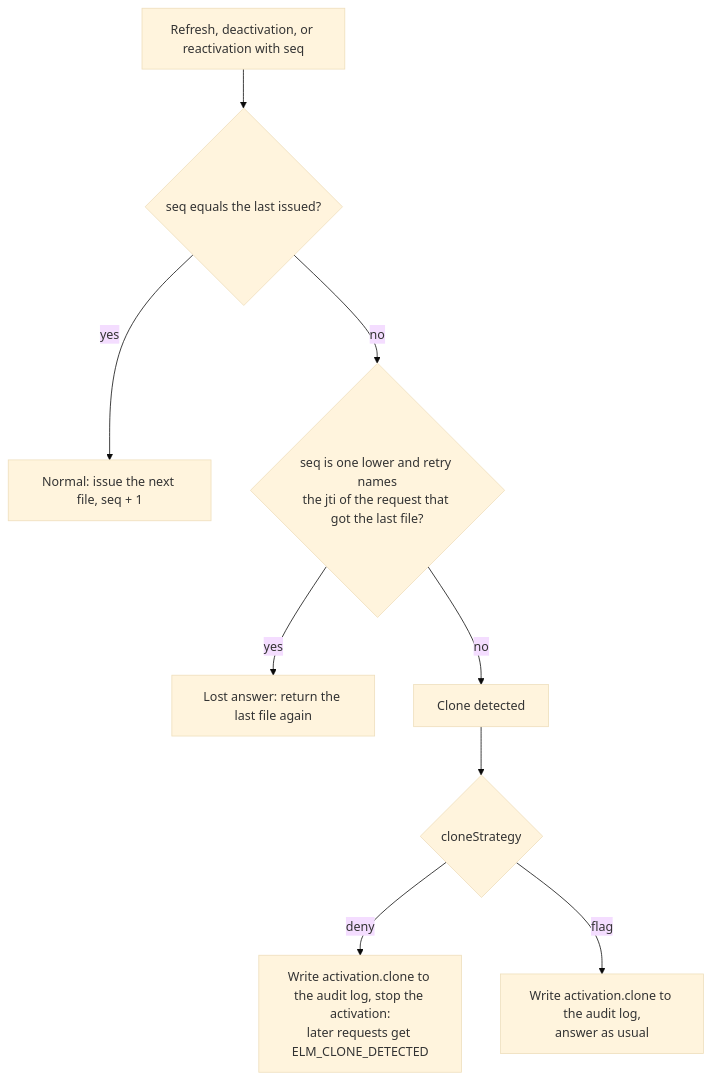
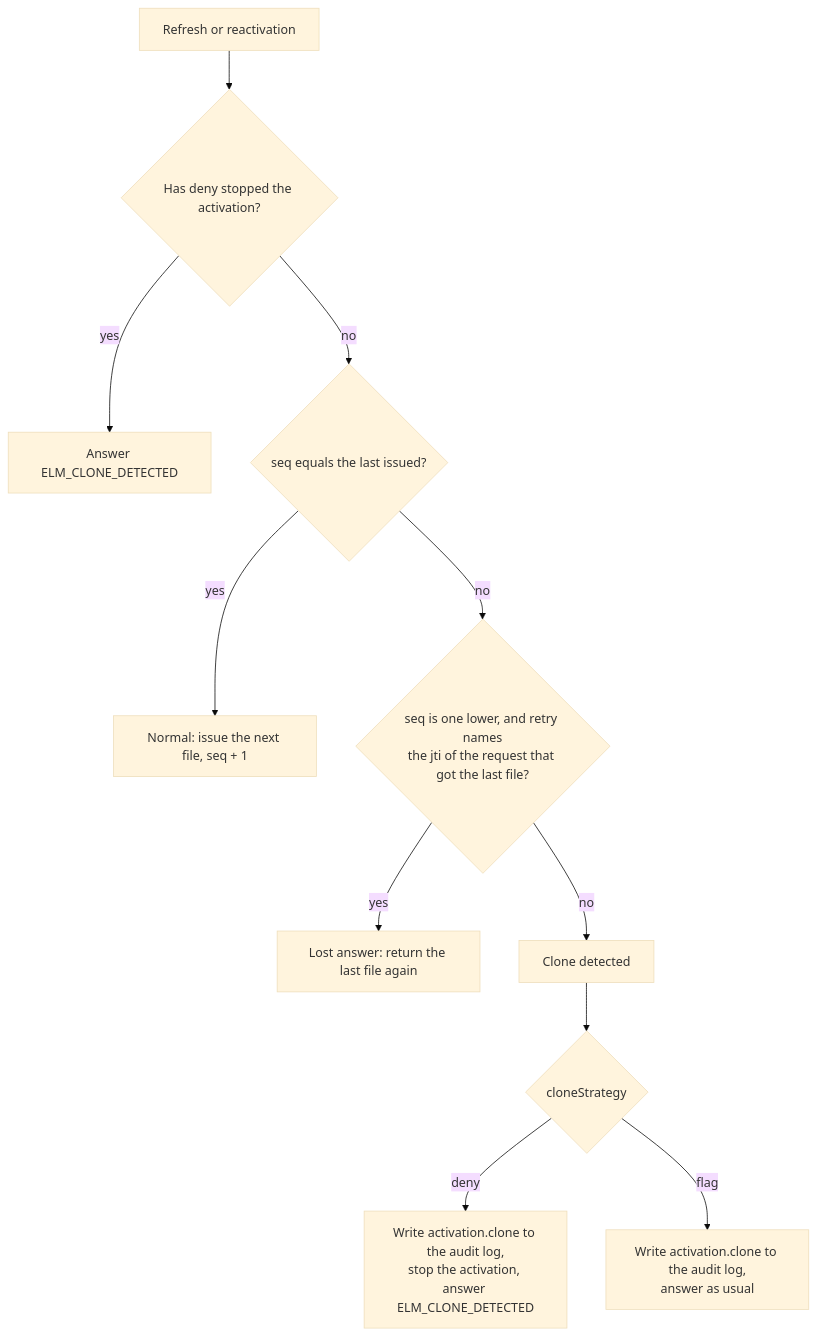
One commit to YUKIKEDA/ElasticLM changed the fourth of 4 diagrams in docs/guide/explanation/activation.md. Above: the diagram before and after it, drawn with Mermaid (base theme). The commit also changed other lines of this file and 4 other files, not shown here.

Commit message:
docs(guide): apply the reviews of the two diagrams

````diff
--- a/docs/guide/explanation/activation.md
+++ b/docs/guide/explanation/activation.md
@@ -212,11 +212,13 @@
 ```mermaid
 flowchart TD
-    R[Refresh, deactivation, or reactivation with seq] --> E{seq equals the last issued?}
+    R[Refresh or reactivation] --> B{Has deny stopped the activation?}
+    B -- yes --> BL[Answer ELM_CLONE_DETECTED]
+    B -- no --> E{seq equals the last issued?}
     E -- yes --> OK[Normal: issue the next file, seq + 1]
-    E -- no --> O{seq is one lower and retry names<br/>the jti of the request that got the last file?}
+    E -- no --> O{seq is one lower, and retry names<br/>the jti of the request that got the last file?}
     O -- yes --> RT[Lost answer: return the last file again]
     O -- no --> CL[Clone detected]
     CL --> P{cloneStrategy}
-    P -- deny --> D[Write activation.clone to the audit log, stop the activation:<br/>later requests get ELM_CLONE_DETECTED]
+    P -- deny --> D[Write activation.clone to the audit log,<br/>stop the activation, answer ELM_CLONE_DETECTED]
     P -- flag --> F[Write activation.clone to the audit log,<br/>answer as usual]
 ```
````
